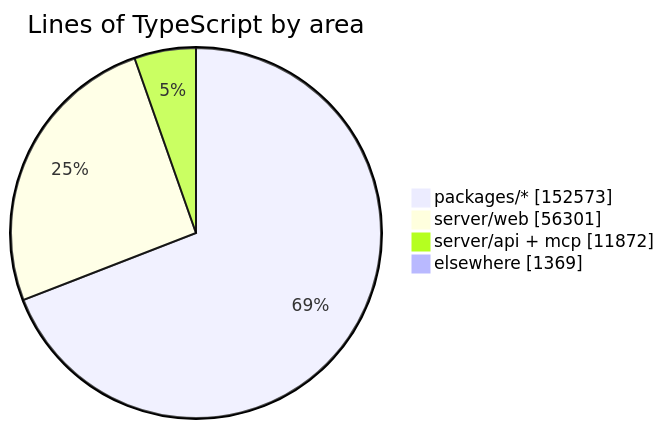
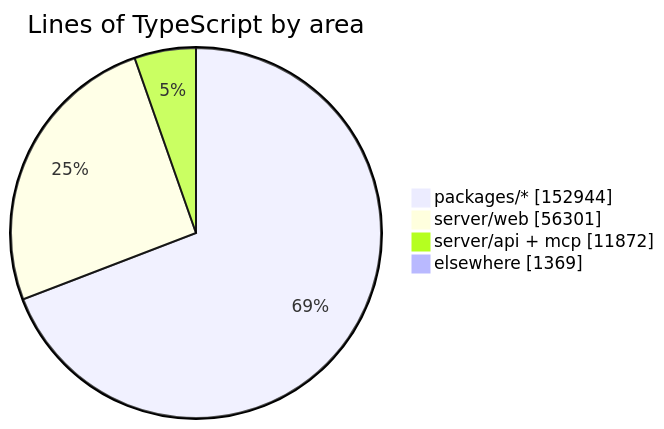
Before and after one commit to crossworks-engineering/mantle: the diagram in README.md, drawn with Mermaid. The commit also changed other lines of this file and 2 other files, not shown here.

````diff
--- a/README.md
+++ b/README.md
@@ -279,7 +279,7 @@
 ```mermaid
 pie showData title Lines of TypeScript by area
-    "packages/*" : 152573
+    "packages/*" : 152944
     "server/web" : 56301
     "server/api + mcp" : 11872
     "elsewhere" : 1369
 ```
````
